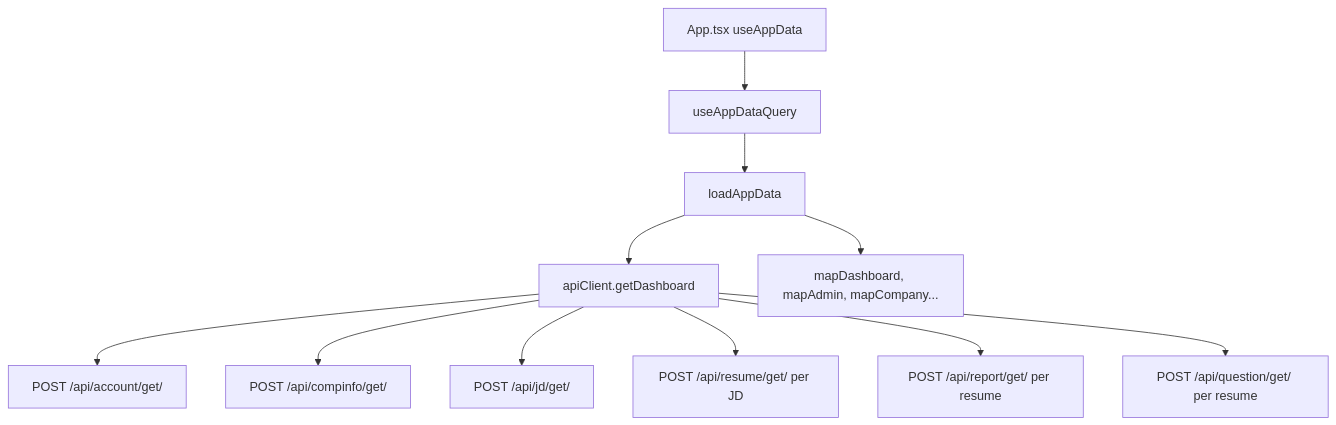
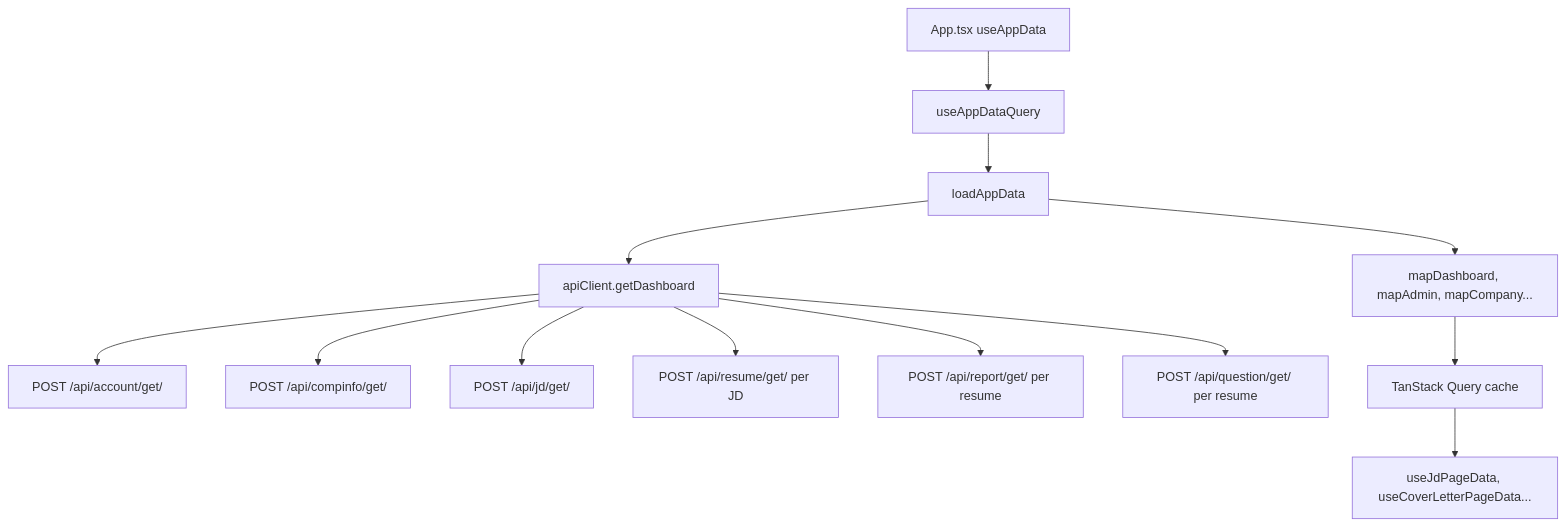
The first of 3 diagrams in docs/02-architecture/data-flow.md (SKN26-Final-1st/Final_project), drawn with Mermaid before and after one commit. The commit also changed other lines of this file and 2 other files, not shown here.

First line of the commit message:
docs(architecture): describe page hooks and mutation cache flow

````diff
--- a/docs/02-architecture/data-flow.md
+++ b/docs/02-architecture/data-flow.md
@@ -13,13 +14,15 @@
 ```mermaid
 flowchart TD
   App["App.tsx useAppData"] --> Query["useAppDataQuery"]
   Query --> Load["loadAppData"]
   Load --> Client["apiClient.getDashboard"]
   Client --> Account["POST /api/account/get/"]
   Client --> Company["POST /api/compinfo/get/"]
   Client --> JD["POST /api/jd/get/"]
   Client --> Resume["POST /api/resume/get/ per JD"]
   Client --> Report["POST /api/report/get/ per resume"]
   Client --> Question["POST /api/question/get/ per resume"]
   Load --> Adapters["mapDashboard, mapAdmin, mapCompany..."]
+  Adapters --> Cache["TanStack Query cache"]
+  Cache --> PageHooks["useJdPageData, useCoverLetterPageData..."]
 ```
````
